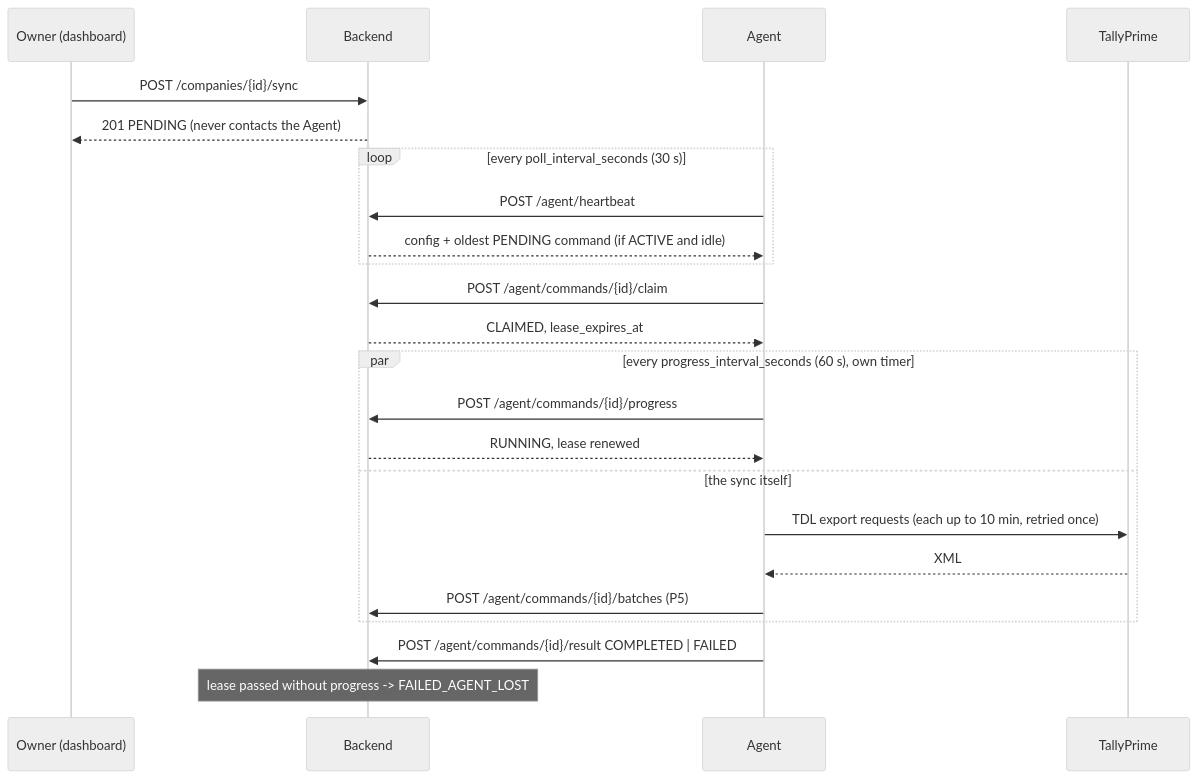
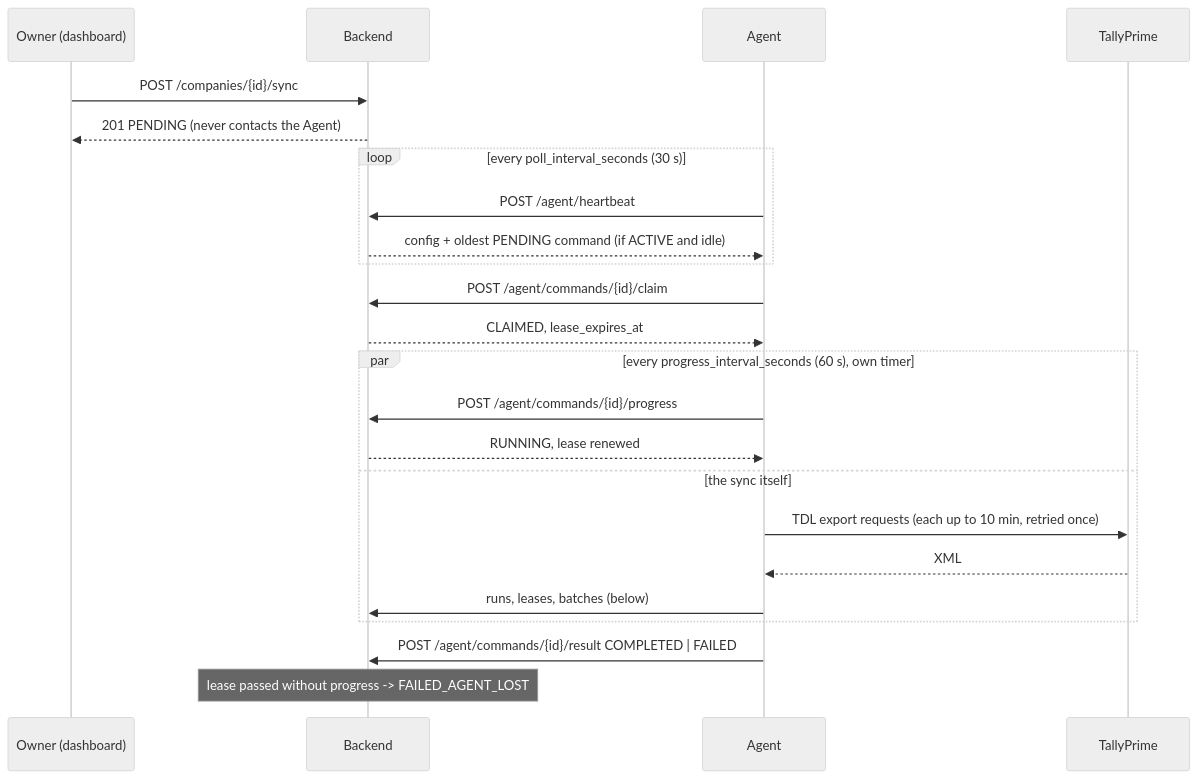
The diagram in docs/agent-protocol.md (sushruthpippiri-cell/Tally), drawn with Mermaid (neutral theme) before and after one commit. The commit also changed other lines of this file and 2 other files, not shown here.

Commit message:
P5.5: watermark tests (AC-07, DATE_RANGE, mid-pull edit, holds) and agent-protocol sync section

````diff
--- a/docs/agent-protocol.md
+++ b/docs/agent-protocol.md
@@ -79,25 +79,25 @@
 ```mermaid
 sequenceDiagram
     participant U as Owner (dashboard)
     participant B as Backend
     participant A as Agent
     participant T as TallyPrime
     U->>B: POST /companies/{id}/sync
     B-->>U: 201 PENDING (never contacts the Agent)
     loop every poll_interval_seconds (30 s)
         A->>B: POST /agent/heartbeat
         B-->>A: config + oldest PENDING command (if ACTIVE and idle)
     end
     A->>B: POST /agent/commands/{id}/claim
     B-->>A: CLAIMED, lease_expires_at
     par every progress_interval_seconds (60 s), own timer
         A->>B: POST /agent/commands/{id}/progress
         B-->>A: RUNNING, lease renewed
     and the sync itself
         A->>T: TDL export requests (each up to 10 min, retried once)
         T-->>A: XML
-        A->>B: POST /agent/commands/{id}/batches (P5)
+        A->>B: runs, leases, batches (below)
     end
     A->>B: POST /agent/commands/{id}/result COMPLETED | FAILED
     Note over B: lease passed without progress -> FAILED_AGENT_LOST
 ```
````
